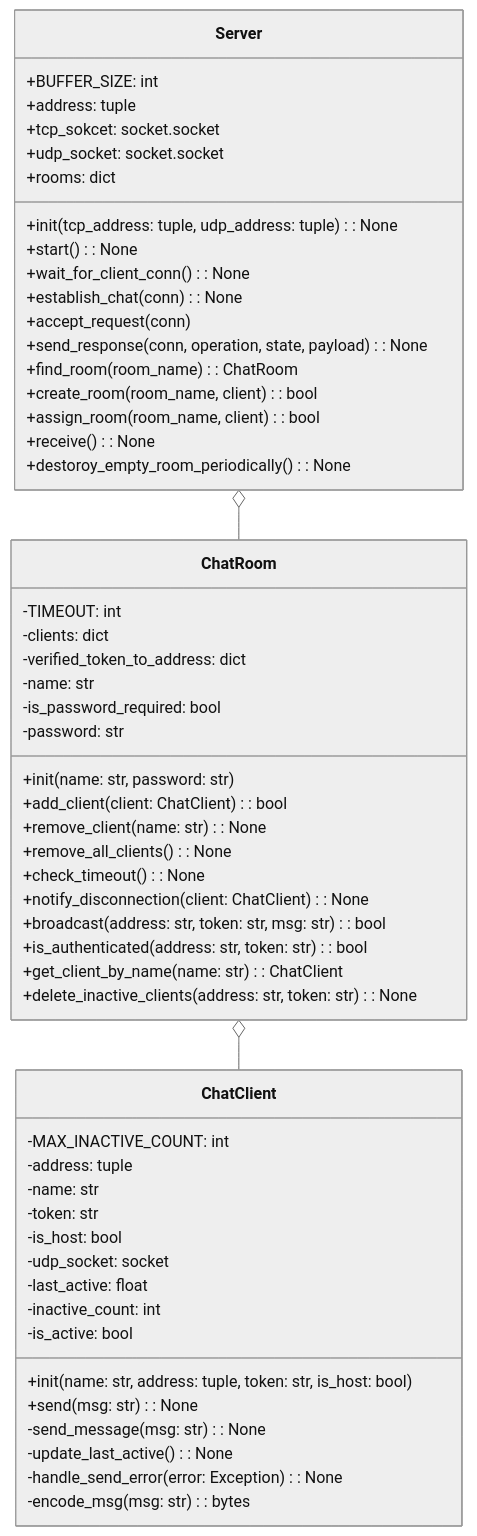
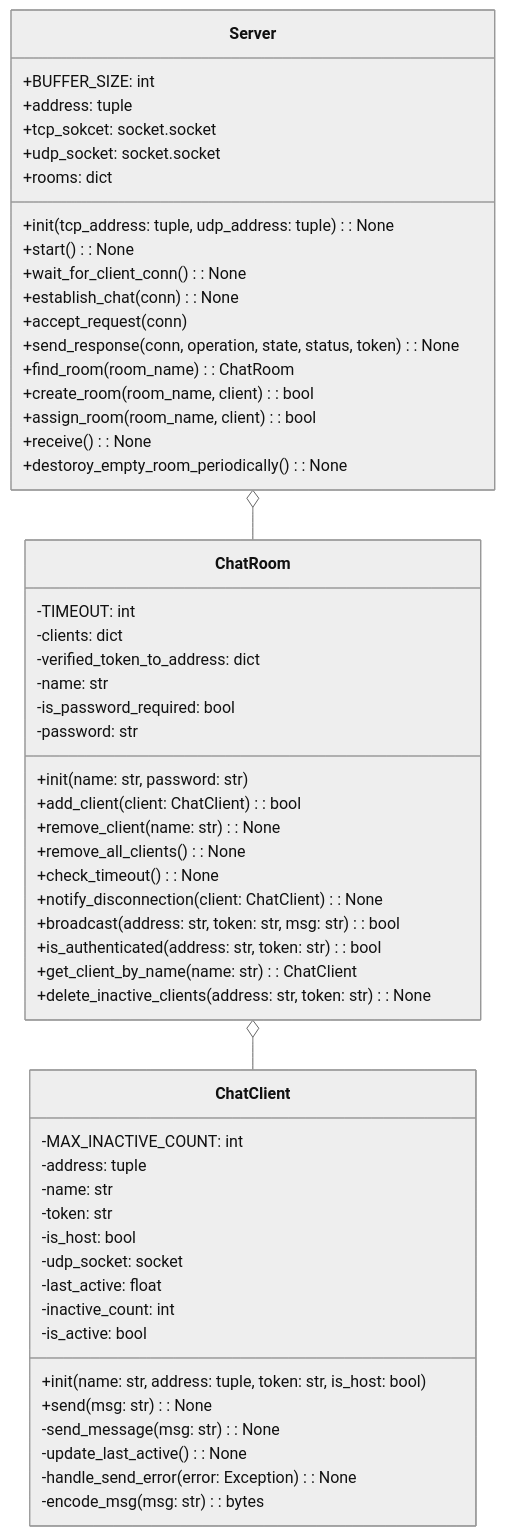
Before and after one commit to recursion-backend-team-d/online-chat-messenger: the first of 2 diagrams in README.md, drawn with Mermaid (neutral theme). The commit also changed 1 other file, not shown here.

Commit message:
サーバをリファクタ #26

````diff
--- a/README.md
+++ b/README.md
@@ -7,63 +7,63 @@
 ```mermaid
 classDiagram
 class ChatClient {
   -MAX_INACTIVE_COUNT: int
   -address: tuple
   -name: str
   -token: str
   -is_host: bool
   -udp_socket: socket
   -last_active: float
   -inactive_count: int
   -is_active: bool
 
   +init(name: str, address: tuple, token: str, is_host: bool)
   +send(msg: str): None
   -send_message(msg: str): None
   -update_last_active(): None
   -handle_send_error(error: Exception): None
   -encode_msg(msg: str): bytes
 }
 
 class ChatRoom {
   -TIMEOUT: int
   -clients: dict
   -verified_token_to_address: dict
   -name: str
   -is_password_required: bool
   -password: str
 
   +init(name: str, password: str)
   +add_client(client: ChatClient): bool
   +remove_client(name: str): None
   +remove_all_clients(): None
   +check_timeout(): None
   +notify_disconnection(client: ChatClient): None
   +broadcast(address: str, token: str, msg: str): bool
   +is_authenticated(address: str, token: str): bool
   +get_client_by_name(name: str): ChatClient
   +delete_inactive_clients(address: str, token: str): None
 }
 
 class Server {
   +BUFFER_SIZE: int
   +address: tuple
   +tcp_sokcet: socket.socket
   +udp_socket: socket.socket
   +rooms: dict
 
   +init(tcp_address: tuple, udp_address: tuple): None
   +start(): None
   +wait_for_client_conn(): None
   +establish_chat(conn): None
   +accept_request(conn)
-  +send_response(conn, operation, state, payload): None
+  +send_response(conn, operation, state, status, token): None
   +find_room(room_name): ChatRoom
   +create_room(room_name, client): bool
   +assign_room(room_name, client): bool
   +receive(): None
   +destoroy_empty_room_periodically(): None
 }
 Server o-- ChatRoom
 ChatRoom o-- ChatClient
 ```
````
